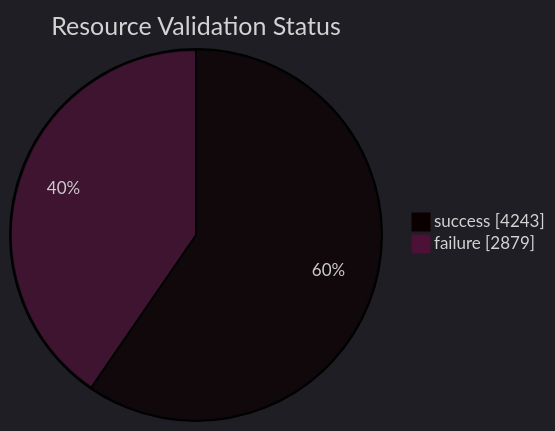
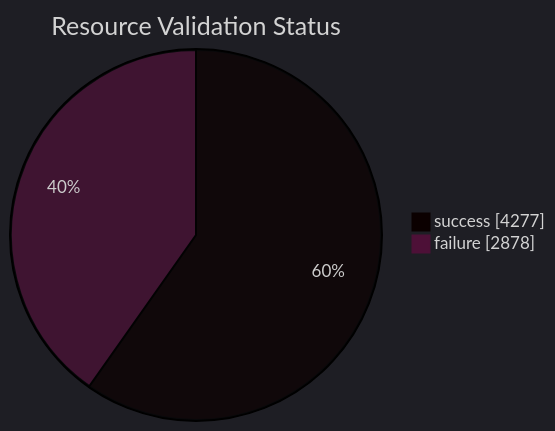
The diagram in datastore_tracker/resource_validation_status_pie_chart.md (open-data/analytics-corporate-reporting), drawn with Mermaid before and after one commit. The commit also changed 12 other files, not shown here.

````diff
--- a/datastore_tracker/resource_validation_status_pie_chart.md
+++ b/datastore_tracker/resource_validation_status_pie_chart.md
@@ -2,9 +2,9 @@
 ```mermaid
 ---
 config:
   theme: dark
 ---
 pie showData title Resource Validation Status
-    "success": 4243
-    "failure": 2879
+    "success": 4277
+    "failure": 2878
 ```
````
